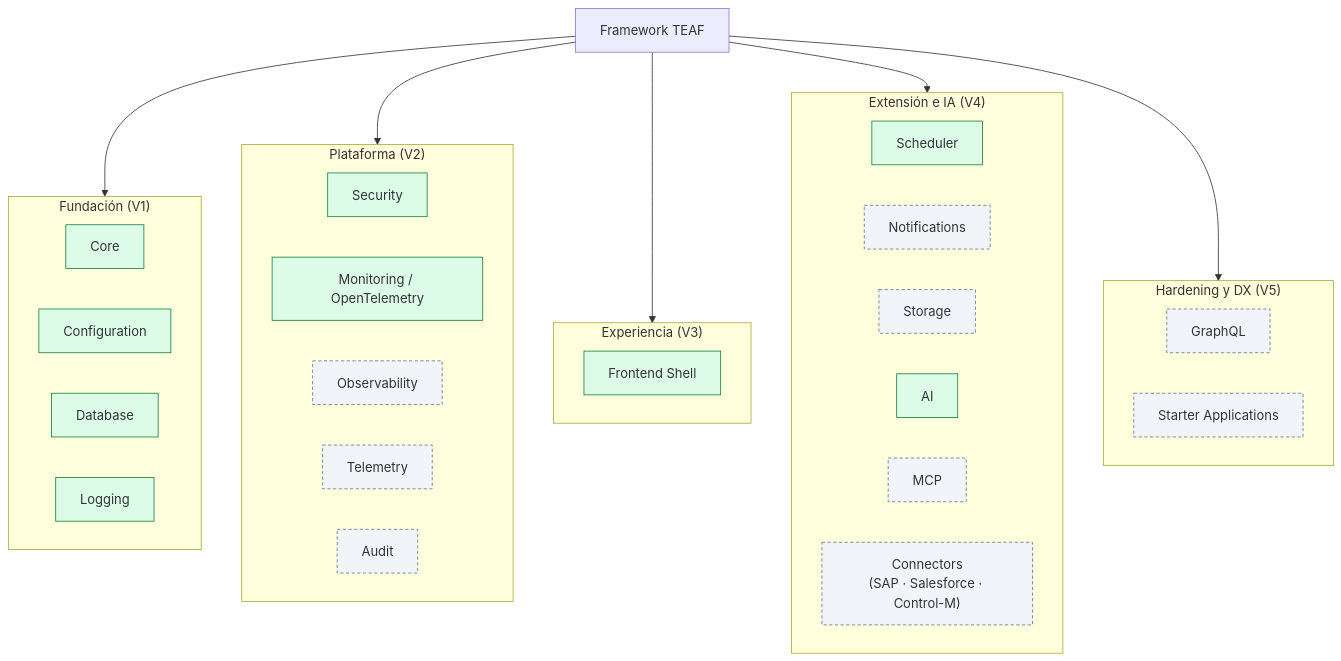
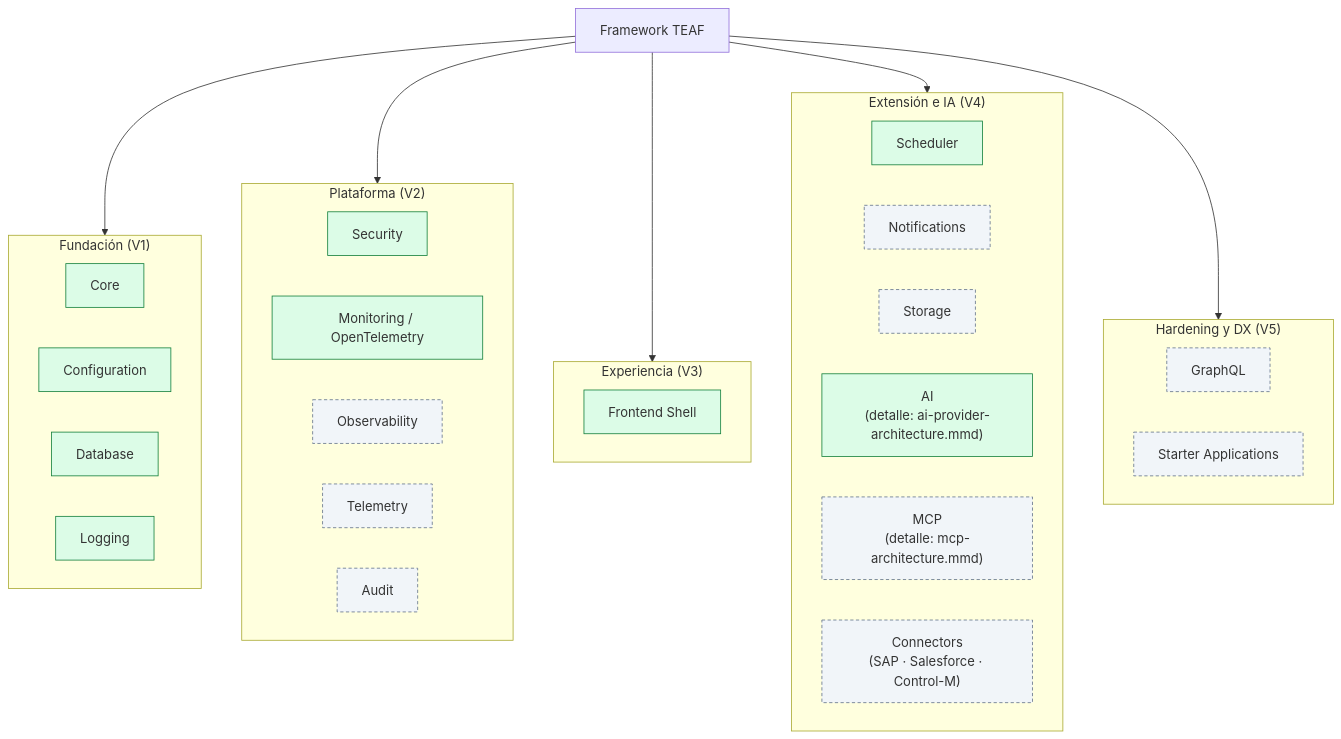
The diagram in docs/diagrams/module-map.mmd (jesuscampam/torus-enterprise-framework), drawn with Mermaid before and after one commit. The commit also changed 9 other files, not shown here.

```diff
--- a/docs/diagrams/module-map.mmd
+++ b/docs/diagrams/module-map.mmd
@@ -1,50 +1,50 @@
 %% TEAF — Mapa completo de módulos del framework
 %% Fuente de verdad: docs/architecture/MODULE-CATALOG.md.
 %% Referenciado desde FRAMEWORK-BLUEPRINT.md, sección 4.
 flowchart TB
     FW["Framework TEAF"]
 
     subgraph FOUNDATION["Fundación (V1)"]
         CORE["Core"]
         CONFIGURATION["Configuration"]
         DATABASE["Database"]
         LOGGING["Logging"]
     end
 
     subgraph PLATFORM["Plataforma (V2)"]
         SECURITY["Security"]
         MONITORING["Monitoring / OpenTelemetry"]
         OBSERVABILITY["Observability"]
         TELEMETRY["Telemetry"]
         AUDIT["Audit"]
     end
 
     subgraph EXPERIENCE["Experiencia (V3)"]
         FRONTEND["Frontend Shell"]
     end
 
     subgraph EXTENSION["Extensión e IA (V4)"]
         SCHEDULER["Scheduler"]
         NOTIFICATIONS["Notifications"]
         STORAGE["Storage"]
-        AI["AI"]
-        MCP["MCP"]
+        AI["AI\n(detalle: ai-provider-architecture.mmd)"]
+        MCP["MCP\n(detalle: mcp-architecture.mmd)"]
         CONNECTORS["Connectors\n(SAP · Salesforce · Control-M)"]
     end
 
     subgraph HARDENING["Hardening y DX (V5)"]
         GRAPHQL["GraphQL"]
         STARTER["Starter Applications"]
     end
 
     FW --> FOUNDATION
     FW --> PLATFORM
     FW --> EXPERIENCE
     FW --> EXTENSION
     FW --> HARDENING
 
     classDef done fill:#dcfce7,stroke:#15803d
     classDef planned fill:#f1f5f9,stroke:#64748b,stroke-dasharray: 4 3
 
     class CORE,CONFIGURATION,DATABASE,LOGGING,SECURITY,MONITORING,FRONTEND,SCHEDULER,AI done
     class OBSERVABILITY,TELEMETRY,AUDIT,NOTIFICATIONS,STORAGE,MCP,CONNECTORS,GRAPHQL,STARTER planned
```
